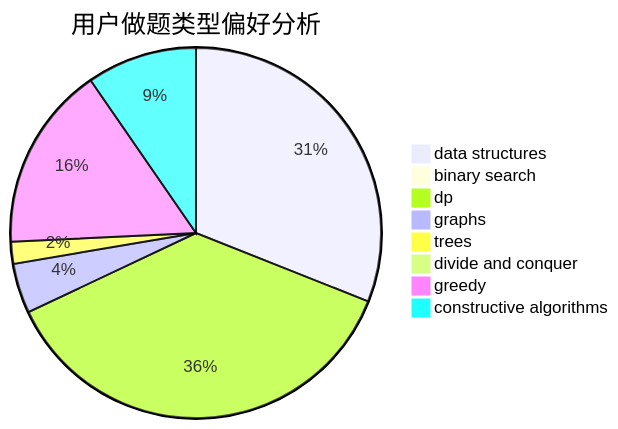
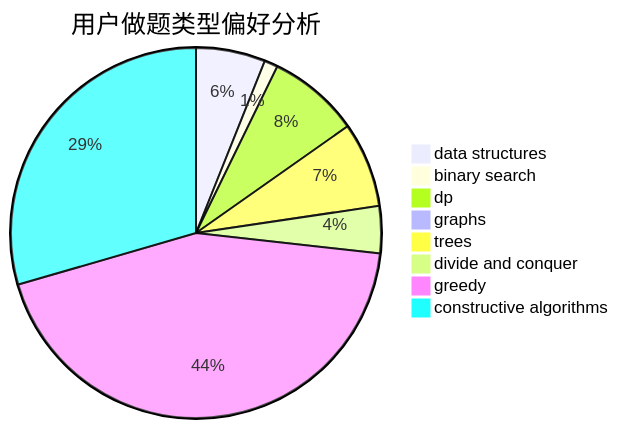
Before and after one commit to sherpahu/cfrs.github.io: the second of 3 diagrams in docs/user/u47.md, drawn with Mermaid. The commit also changed other lines of this file and 2770 other files, not shown here.

````diff
--- a/docs/user/u47.md
+++ b/docs/user/u47.md
@@ -23,11 +23,11 @@
 ```mermaid
 pie title 用户做题类型偏好分析
-    "data structures" :  371
-    "binary search" :  8
-    "dp" :  442
-    "graphs" :  52
-    "trees" :  23
-    "divide and conquer" :  8
-    "greedy" :  193
-    "constructive algorithms" :  115
+    "data structures" :  31
+    "binary search" :  6
+    "dp" :  41
+    "graphs" :  1
+    "trees" :  38
+    "divide and conquer" :  21
+    "greedy" :  224
+    "constructive algorithms" :  151
 ```
````
